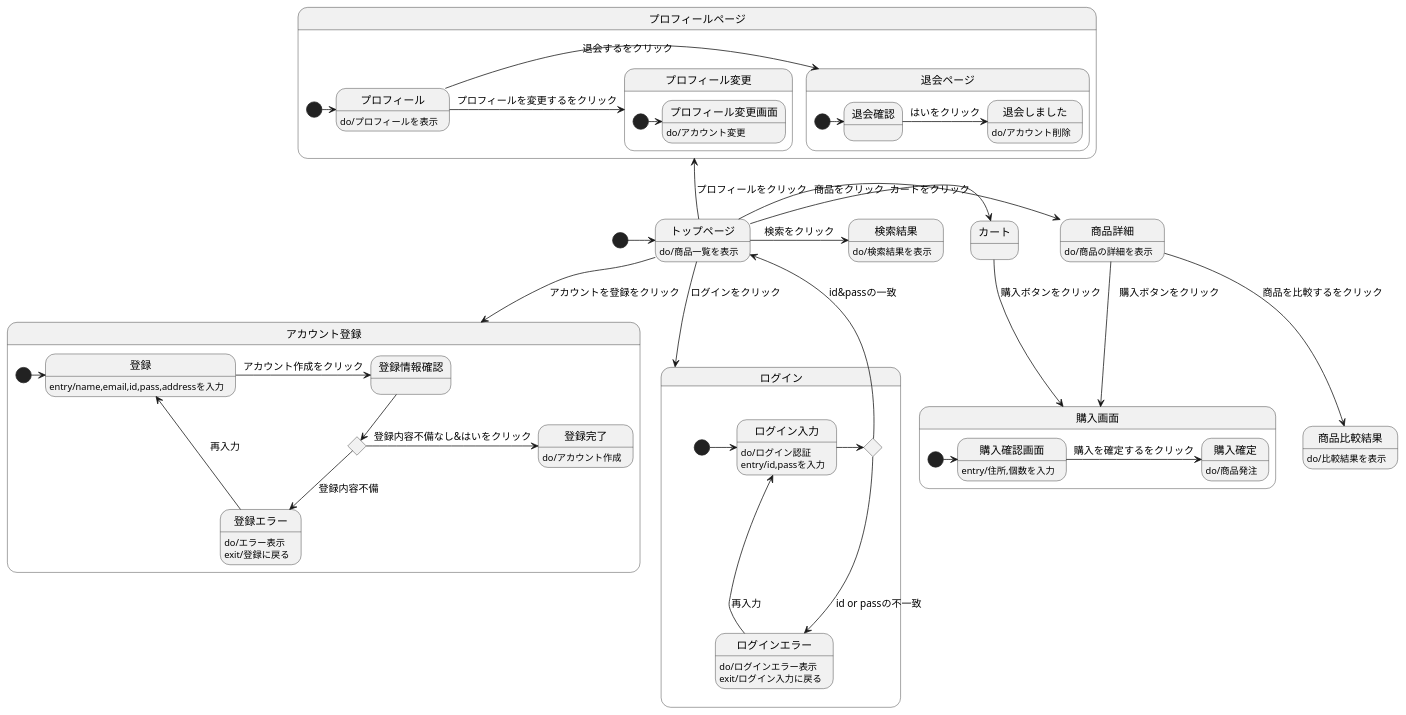
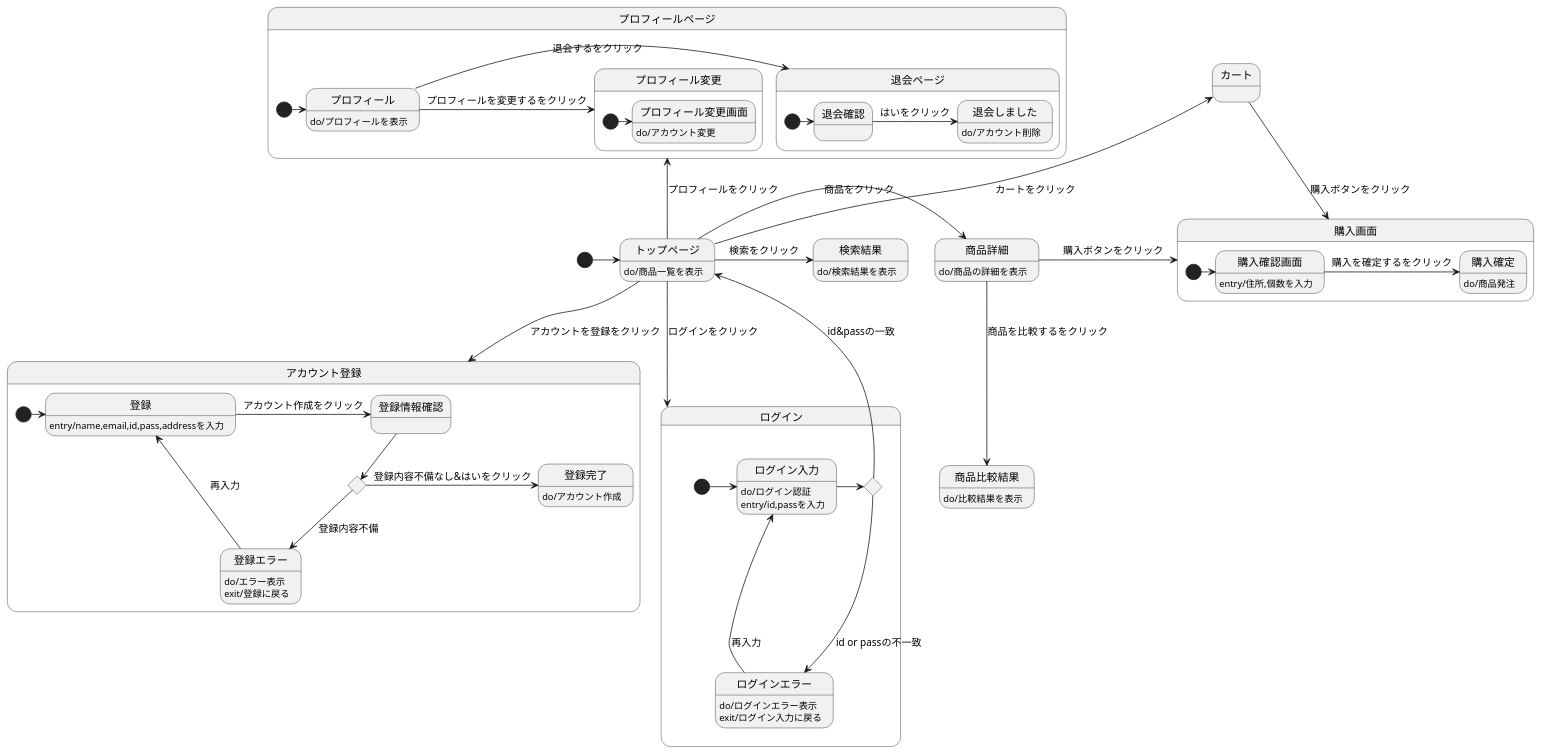
The diagram in stm01.md (Aso2001159/2021sys-design), drawn with PlantUML before and after one commit.

````diff
--- a/stm01.md
+++ b/stm01.md
@@ -1,67 +1,67 @@
 ```uml
 
 @startuml
 [*]->トップページ
 トップページ : do/商品一覧を表示
 トップページ->商品詳細 : 商品をクリック
   商品詳細 : do/商品の詳細を表示
   商品詳細 --> 商品比較結果 : 商品を比較するをクリック
   商品比較結果 : do/比較結果を表示
   商品詳細-> 購入画面 :　購入ボタンをクリック
 トップページ-down->ログイン :ログインをクリック
 state ログイン{
   state r確認 <<choice>>
   [*] -> ログイン入力 
   ログイン入力 : do/ログイン認証
   ログイン入力 : entry/id,passを入力
   ログイン入力 -> r確認
   r確認 -> トップページ : id&passの一致
    r確認 --> ログインエラー : id or passの不一致
     ログインエラー :do/ログインエラー表示
     ログインエラー : exit/ログイン入力に戻る
   ログインエラー -> ログイン入力 : 再入力
 
 }
-トップページ->カート :カートをクリック
+トップページ-up->カート :カートをクリック
 カート --> 購入画面 : 購入ボタンをクリック
 state 購入画面{
   [*]-> 購入確認画面
   購入確認画面 : entry/住所,個数を入力
   購入確認画面 -> 購入確定 : 購入を確定するをクリック
   購入確定 : do/商品発注
 }
 state アカウント登録{
 [*]-> 登録 
   トップページ--> アカウント登録 :アカウントを登録をクリック
   state t確認 <<choice>>
   登録 : entry/name,email,id,pass,addressを入力
   登録 ->登録情報確認: アカウント作成をクリック
   登録情報確認 --> t確認 
   t確認 --> 登録エラー : 登録内容不備
     登録エラー : do/エラー表示
     登録エラー : exit/登録に戻る
    登録エラー -> 登録 : 再入力
   t確認 -> 登録完了: 登録内容不備なし&はいをクリック
     登録完了: do/アカウント作成
   }
 トップページ->検索結果 :検索をクリック
   検索結果 : do/検索結果を表示
 トップページ-up->プロフィールページ :プロフィールをクリック
 state プロフィールページ{
 [*] -> プロフィール
 プロフィール : do/プロフィールを表示
   プロフィール ->退会ページ :退会するをクリック
   state 退会ページ{
     [*]-> 退会確認 
     退会確認-> 退会しました : はいをクリック
       退会しました : do/アカウント削除
     }
     プロフィール -> プロフィール変更 : プロフィールを変更するをクリック
     state プロフィール変更{
       [*]-> プロフィール変更画面
       プロフィール変更画面 : do/アカウント変更
     }
  }
 @enduml
 
 ```
````
